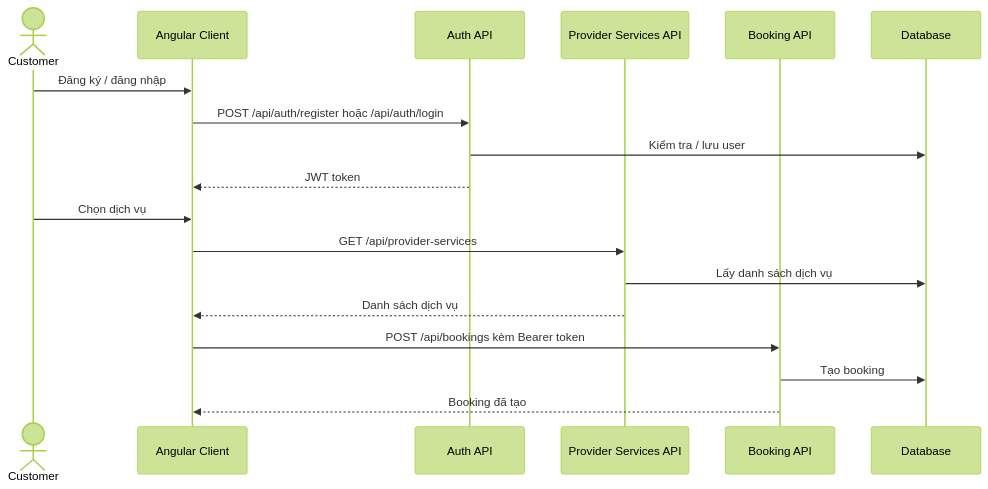
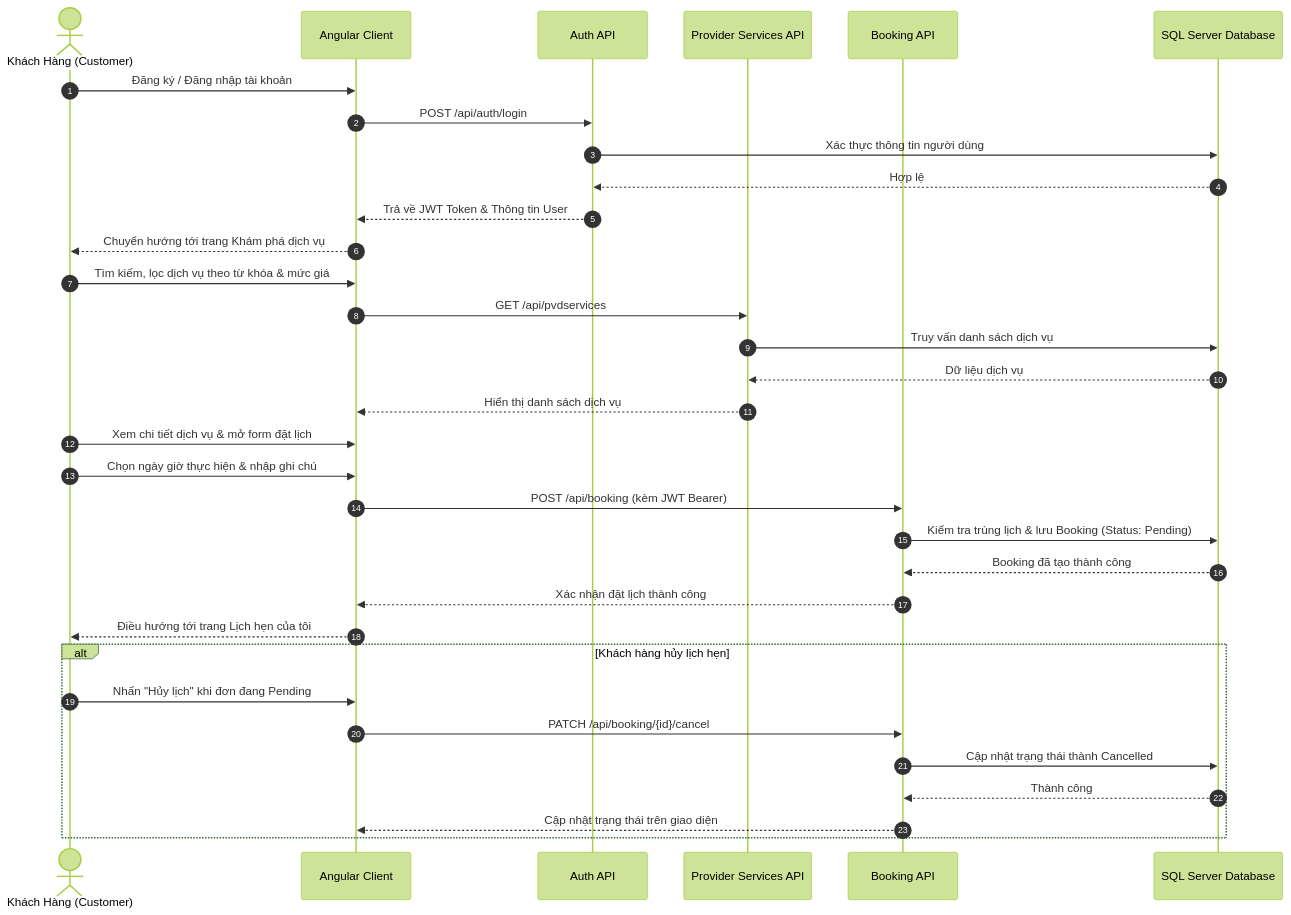
The third of 5 diagrams in README.md (ngocming/ServiceBooking), drawn with Mermaid (forest theme) before and after one commit. The commit also changed other lines of this file and 39 other files, not shown here.

Commit message:
feat: complete service booking system with provider dashboard, profile management, workflow diagrams and bug fixes

````diff
--- a/README.md
+++ b/README.md
@@ -46,21 +142,39 @@
 ```mermaid
 sequenceDiagram
-    actor Customer
-    participant Client as Angular Client
+    autonumber
+    actor C as Khách Hàng (Customer)
+    participant UI as Angular Client
     participant Auth as Auth API
-    participant Services as Provider Services API
-    participant Booking as Booking API
-    participant Db as Database
+    participant Svc as Provider Services API
+    participant Bk as Booking API
+    participant DB as SQL Server Database
 
-    Customer->>Client: Đăng ký / đăng nhập
-    Client->>Auth: POST /api/auth/register hoặc /api/auth/login
-    Auth->>Db: Kiểm tra / lưu user
-    Auth-->>Client: JWT token
-    Customer->>Client: Chọn dịch vụ
-    Client->>Services: GET /api/provider-services
-    Services->>Db: Lấy danh sách dịch vụ
-    Services-->>Client: Danh sách dịch vụ
-    Client->>Booking: POST /api/bookings kèm Bearer token
-    Booking->>Db: Tạo booking
-    Booking-->>Client: Booking đã tạo
+    C->>UI: Đăng ký / Đăng nhập tài khoản
+    UI->>Auth: POST /api/auth/login
+    Auth->>DB: Xác thực thông tin người dùng
+    DB-->>Auth: Hợp lệ
+    Auth-->>UI: Trả về JWT Token & Thông tin User
+    UI-->>C: Chuyển hướng tới trang Khám phá dịch vụ
+
+    C->>UI: Tìm kiếm, lọc dịch vụ theo từ khóa & mức giá
+    UI->>Svc: GET /api/pvdservices
+    Svc->>DB: Truy vấn danh sách dịch vụ
+    DB-->>Svc: Dữ liệu dịch vụ
+    Svc-->>UI: Hiển thị danh sách dịch vụ
+    
+    C->>UI: Xem chi tiết dịch vụ & mở form đặt lịch
+    C->>UI: Chọn ngày giờ thực hiện & nhập ghi chú
+    UI->>Bk: POST /api/booking (kèm JWT Bearer)
+    Bk->>DB: Kiểm tra trùng lịch & lưu Booking (Status: Pending)
+    DB-->>Bk: Booking đã tạo thành công
+    Bk-->>UI: Xác nhận đặt lịch thành công
+    UI-->>C: Điều hướng tới trang Lịch hẹn của tôi
+
+    alt Khách hàng hủy lịch hẹn
+        C->>UI: Nhấn "Hủy lịch" khi đơn đang Pending
+        UI->>Bk: PATCH /api/booking/{id}/cancel
+        Bk->>DB: Cập nhật trạng thái thành Cancelled
+        DB-->>Bk: Thành công
+        Bk-->>UI: Cập nhật trạng thái trên giao diện
+    end
 ```
````
